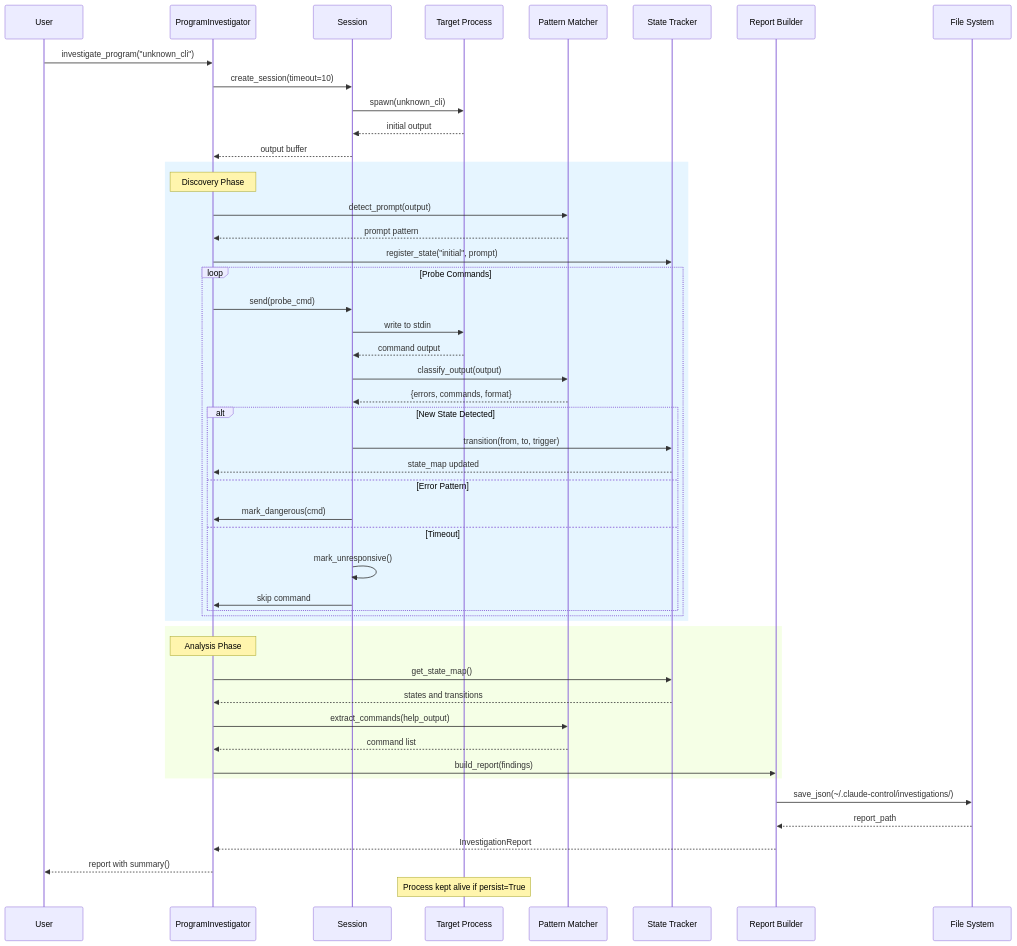
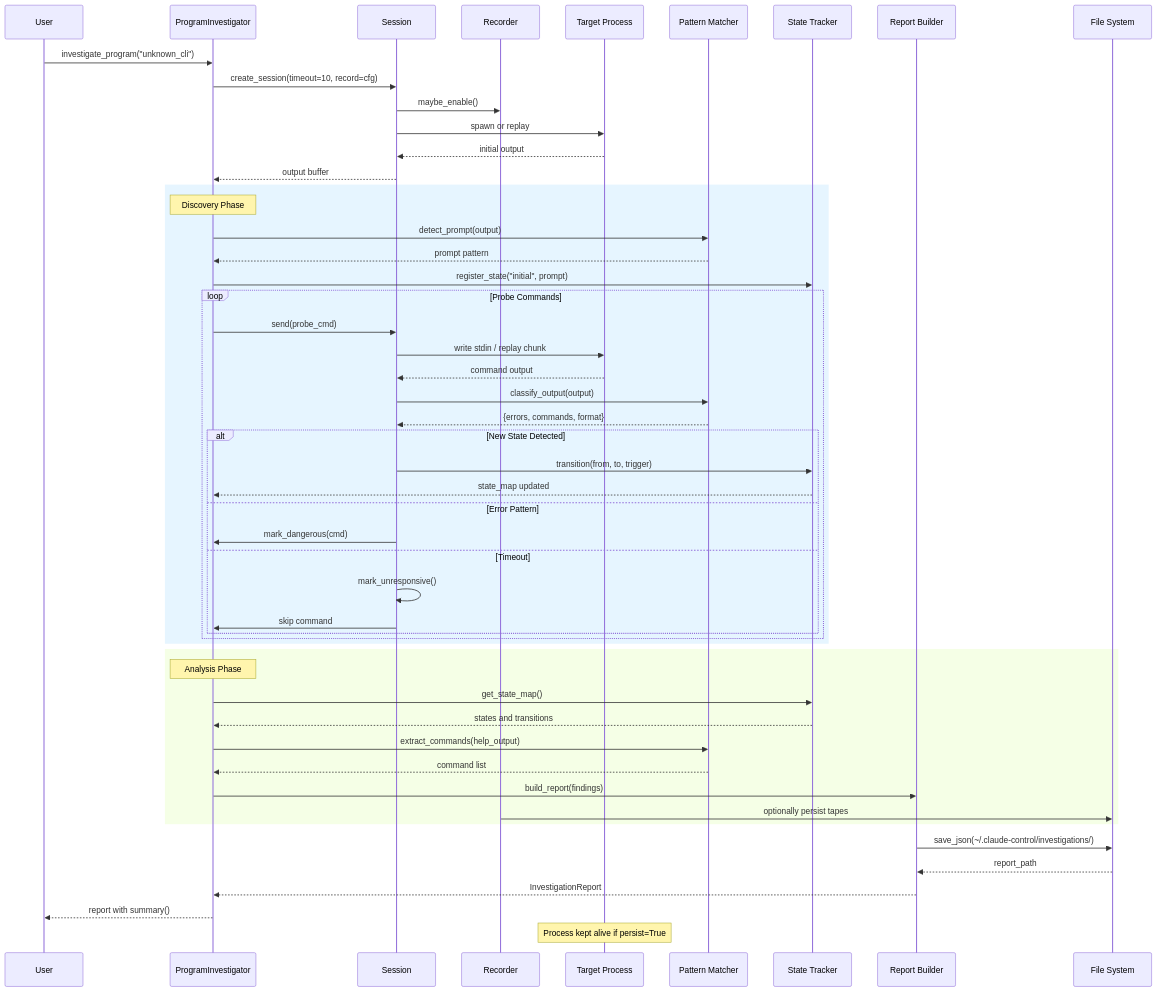
The sixth of 12 diagrams in sequence_diagrams.md (jimmc414/claude_control), drawn with Mermaid before and after one commit. The commit also changed other lines of this file, not shown here.

Commit message:
Update sequence diagrams for record and replay

````diff
--- a/sequence_diagrams.md
+++ b/sequence_diagrams.md
@@ -7,58 +218,61 @@
 ```mermaid
 sequenceDiagram
     participant User
     participant API as ProgramInvestigator
     participant Session
+    participant Recorder
     participant Process as Target Process
     participant Pattern as Pattern Matcher
     participant State as State Tracker
     participant Report as Report Builder
     participant FS as File System
 
     User->>API: investigate_program("unknown_cli")
-    API->>Session: create_session(timeout=10)
-    Session->>Process: spawn(unknown_cli)
+    API->>Session: create_session(timeout=10, record=cfg)
+    Session->>Recorder: maybe_enable()
+    Session->>Process: spawn or replay
     Process-->>Session: initial output
     Session-->>API: output buffer
-    
+
     rect rgb(230, 245, 255)
         Note over API: Discovery Phase
         API->>Pattern: detect_prompt(output)
         Pattern-->>API: prompt pattern
         API->>State: register_state("initial", prompt)
-        
+
         loop Probe Commands
             API->>Session: send(probe_cmd)
-            Session->>Process: write to stdin
+            Session->>Process: write stdin / replay chunk
             Process-->>Session: command output
             Session->>Pattern: classify_output(output)
             Pattern-->>Session: {errors, commands, format}
-            
+
             alt New State Detected
                 Session->>State: transition(from, to, trigger)
                 State-->>API: state_map updated
             else Error Pattern
                 Session->>API: mark_dangerous(cmd)
             else Timeout
                 Session->>Session: mark_unresponsive()
                 Session->>API: skip command
             end
         end
     end
 
     rect rgb(245, 255, 230)
         Note over API: Analysis Phase
         API->>State: get_state_map()
         State-->>API: states and transitions
         API->>Pattern: extract_commands(help_output)
         Pattern-->>API: command list
         API->>Report: build_report(findings)
+        Recorder->>FS: optionally persist tapes
     end
 
     Report->>FS: save_json(~/.claude-control/investigations/)
     FS-->>Report: report_path
     Report-->>API: InvestigationReport
     API-->>User: report with summary()
 
     Note over Process: Process kept alive if persist=True
 ```
````
